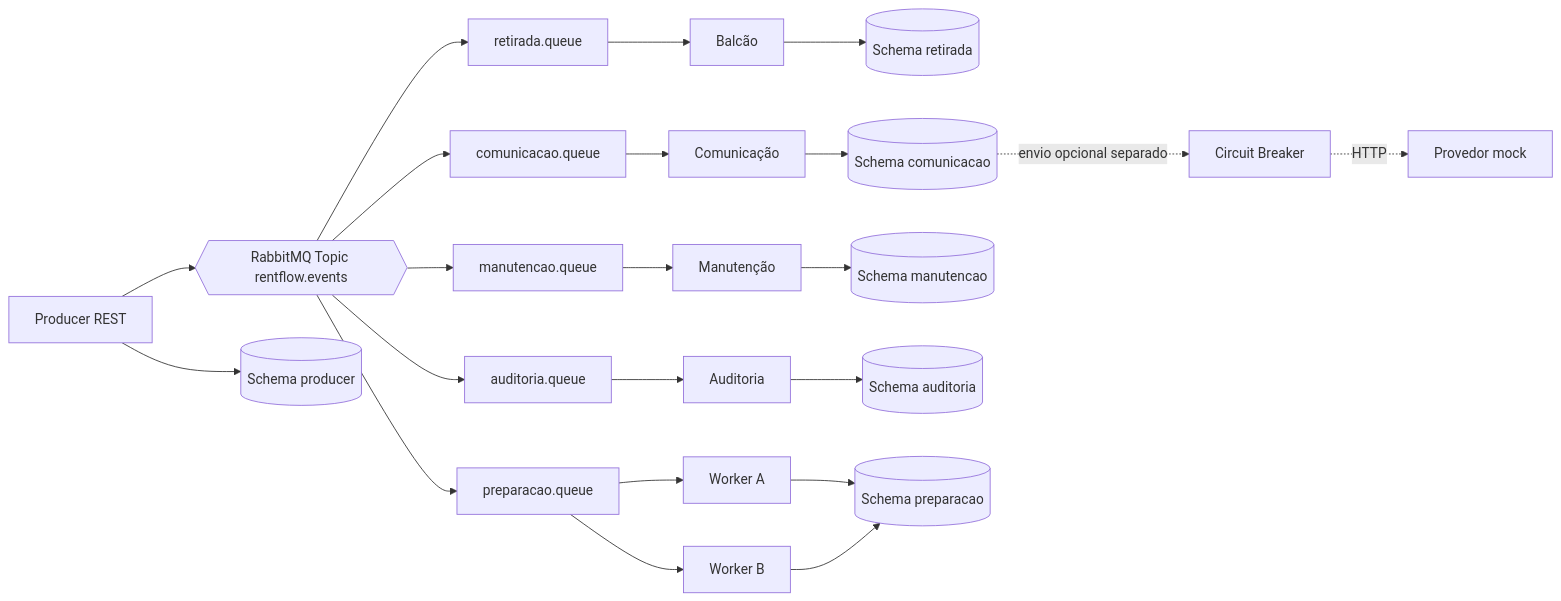
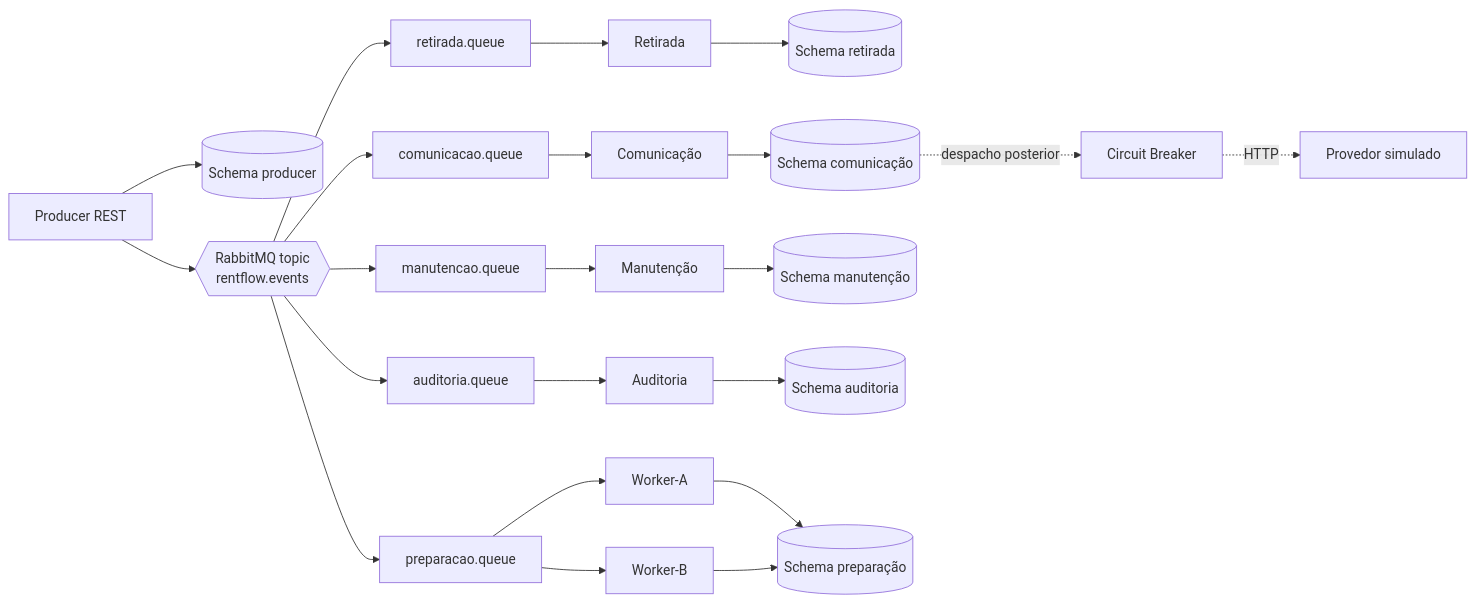
One commit to CAFFD/RentFlow changed the first of 2 diagrams in docs/ARQUITETURA.md. Above: the diagram before and after it, drawn with Mermaid. The commit also changed other lines of this file and 89 other files, not shown here.

````diff
--- a/docs/ARQUITETURA.md
+++ b/docs/ARQUITETURA.md
@@ -4,20 +5,16 @@
 ```mermaid
 flowchart LR
- P[Producer REST] --> X{{RabbitMQ Topic rentflow.events}}
- X --> R[retirada.queue] --> CR[Balcão]
- X --> C[comunicacao.queue] --> CC[Comunicação]
- X --> M[manutencao.queue] --> CM[Manutenção]
- X --> A[auditoria.queue] --> CA[Auditoria]
- X --> W[preparacao.queue]
- W --> W1[Worker A]
- W --> W2[Worker B]
- CR --> DR[(Schema retirada)]
- CC --> DC[(Schema comunicacao)]
- CM --> DM[(Schema manutencao)]
- CA --> DA[(Schema auditoria)]
- W1 --> DW[(Schema preparacao)]
- W2 --> DW
- P --> DP[(Schema producer)]
- DC -. envio opcional separado .-> CB[Circuit Breaker]
- CB -. HTTP .-> S[Provedor mock]
+    P[Producer REST] --> DP[(Schema producer)]
+    P --> X{{RabbitMQ topic<br/>rentflow.events}}
+    X --> R[retirada.queue] --> CR[Retirada] --> DR[(Schema retirada)]
+    X --> C[comunicacao.queue] --> CC[Comunicação] --> DC[(Schema comunicação)]
+    X --> M[manutencao.queue] --> CM[Manutenção] --> DM[(Schema manutenção)]
+    X --> A[auditoria.queue] --> CA[Auditoria] --> DA[(Schema auditoria)]
+    X --> W[preparacao.queue]
+    W --> WA[Worker-A]
+    W --> WB[Worker-B]
+    WA --> DW[(Schema preparação)]
+    WB --> DW
+    DC -. despacho posterior .-> CB[Circuit Breaker]
+    CB -. HTTP .-> H[Provedor simulado]
 ```
````
